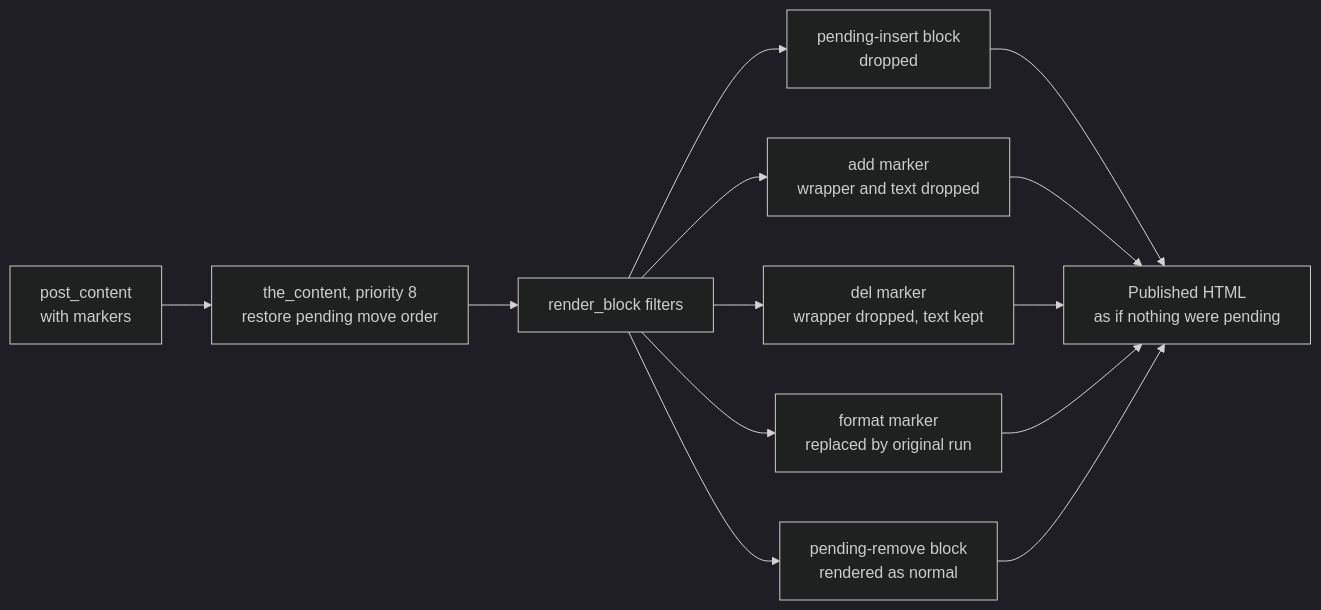
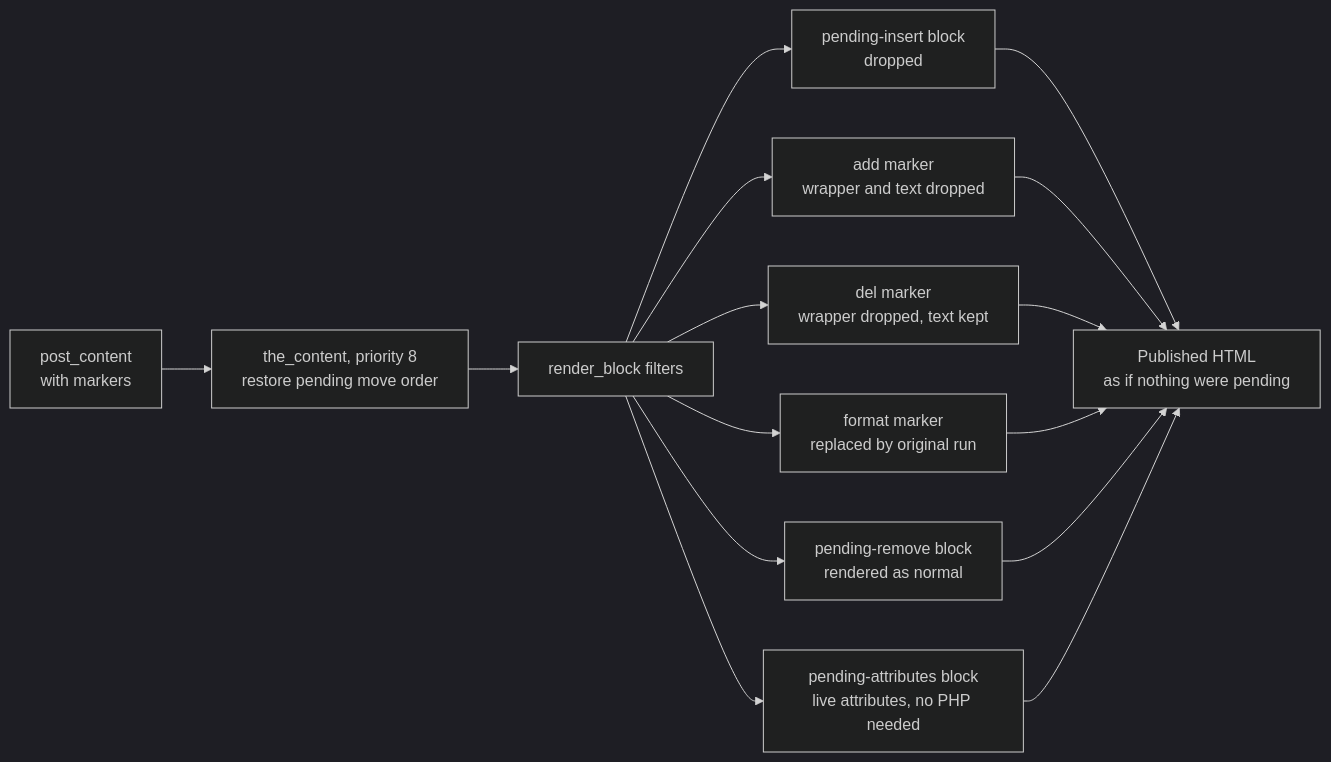
The eighth of 8 diagrams in docs/explanations/architecture/suggestions-overview.md (WordPress/gutenberg), drawn with Mermaid (dark theme) before and after one commit. The commit also changed other lines of this file, not shown here.

````diff
--- a/docs/explanations/architecture/suggestions-overview.md
+++ b/docs/explanations/architecture/suggestions-overview.md
@@ -281,11 +283,12 @@
 ```mermaid
 flowchart LR
     PC["post_content<br/>with markers"] --> TC["the_content, priority 8<br/>restore pending move order"]
     TC --> RB["render_block filters"]
     RB --> Ins["pending-insert block<br/>dropped"]
     RB --> Add["add marker<br/>wrapper and text dropped"]
     RB --> Del["del marker<br/>wrapper dropped, text kept"]
     RB --> Fmt["format marker<br/>replaced by original run"]
     RB --> Rem["pending-remove block<br/>rendered as normal"]
-    Ins & Add & Del & Fmt & Rem --> Out["Published HTML<br/>as if nothing were pending"]
+    RB --> Att["pending-attributes block<br/>live attributes, no PHP needed"]
+    Ins & Add & Del & Fmt & Rem & Att --> Out["Published HTML<br/>as if nothing were pending"]
 ```
````
